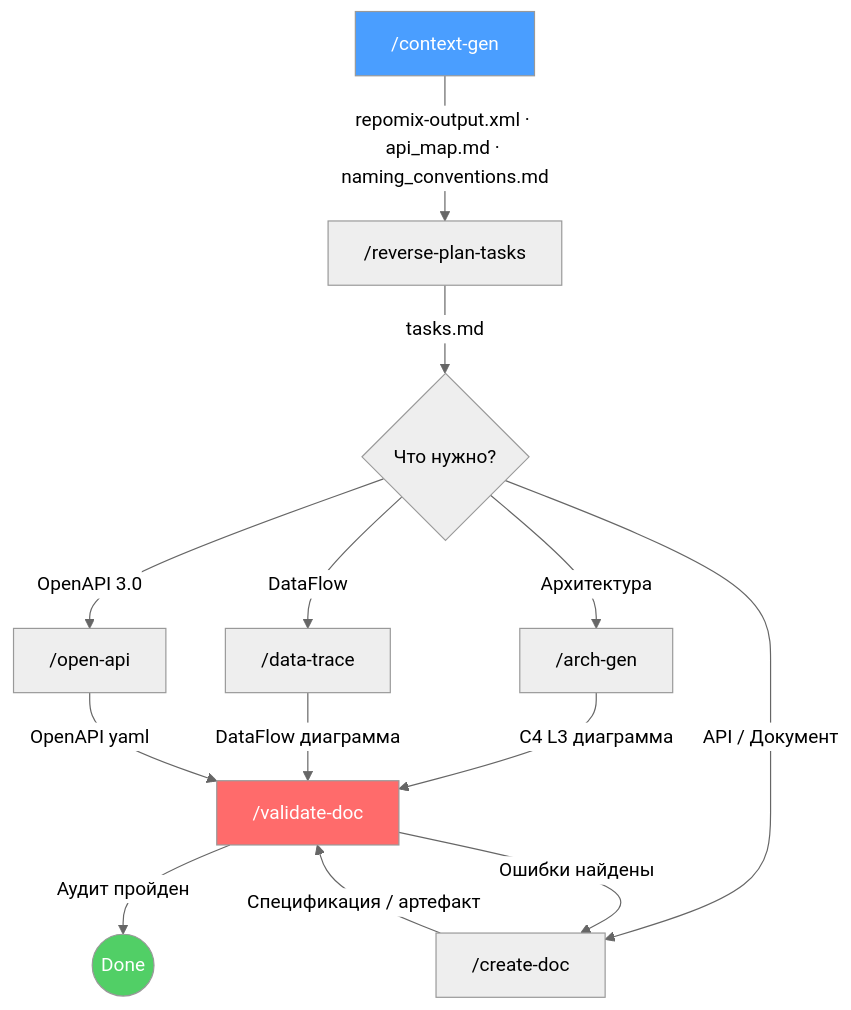
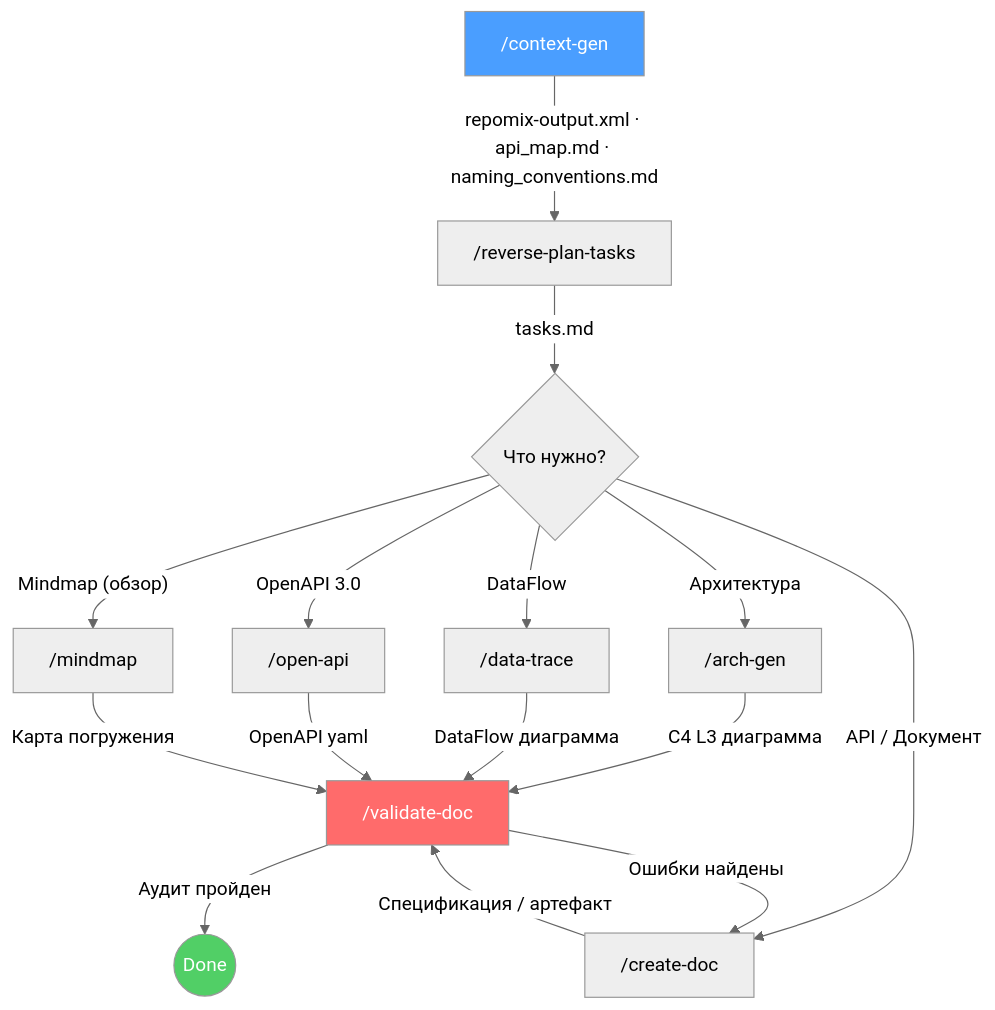
One commit to boboden541/sa-helper changed the first of 4 diagrams in README.md. Above: the diagram before and after it, drawn with Mermaid (neutral theme). The commit also changed other lines of this file and 14 other files, not shown here.

First line of the commit message:
Новый реверс-тип Mindmap: /mindmap + скилл mindmap-cartographer (8-й тип документации)

````diff
--- a/README.md
+++ b/README.md
@@ -136,21 +136,23 @@
 ```mermaid
 flowchart TD
     A["/context-gen"] -->|"repomix-output.xml · api_map.md · naming_conventions.md"| RP["/reverse-plan-tasks"]
     RP -->|"tasks.md"| B{Что нужно?}
     B -->|"Архитектура"| C["/arch-gen"]
     B -->|"DataFlow"| D["/data-trace"]
     B -->|"API / Документ"| E["/create-doc"]
     B -->|"OpenAPI 3.0"| OA["/open-api"]
+    B -->|"Mindmap (обзор)"| MM["/mindmap"]
 
     C -->|"C4 L3 диаграмма"| F["/validate-doc"]
     D -->|"DataFlow диаграмма"| F
     E -->|"Спецификация / артефакт"| F
     OA -->|"OpenAPI yaml"| F
+    MM -->|"Карта погружения"| F
 
     F -->|"Аудит пройден"| G(("Done"))
     F -->|"Ошибки найдены"| E
 
     style A fill:#4a9eff,color:#fff
     style F fill:#ff6b6b,color:#fff
     style G fill:#51cf66,color:#fff
 ```
````
